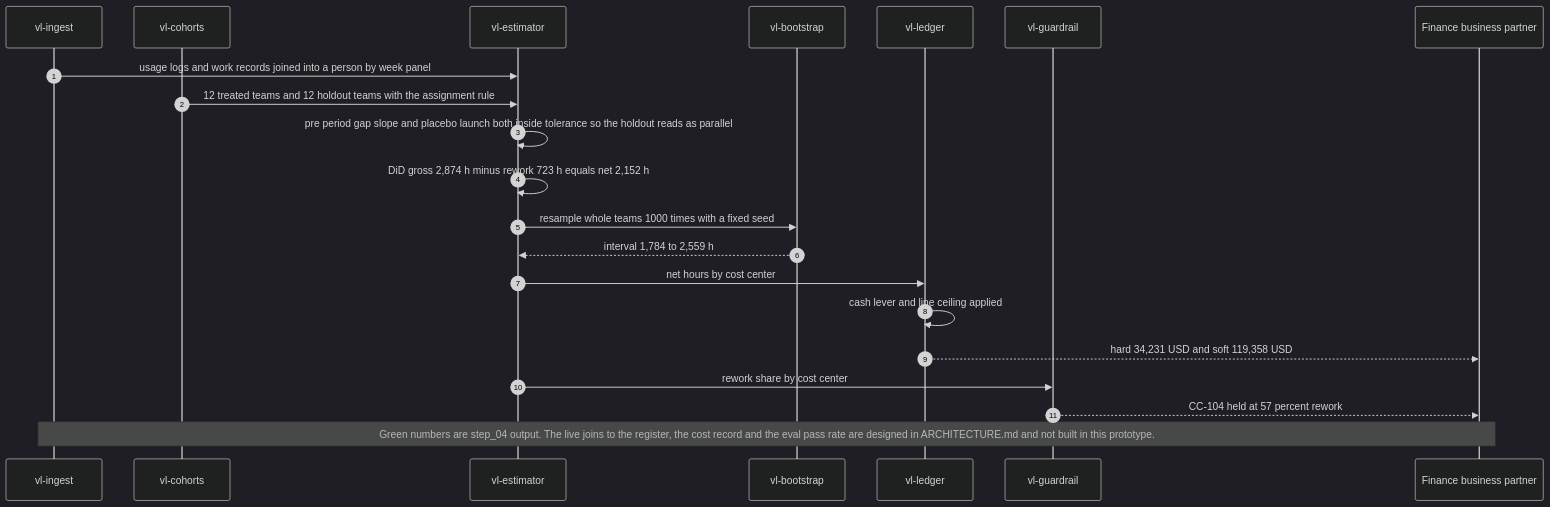
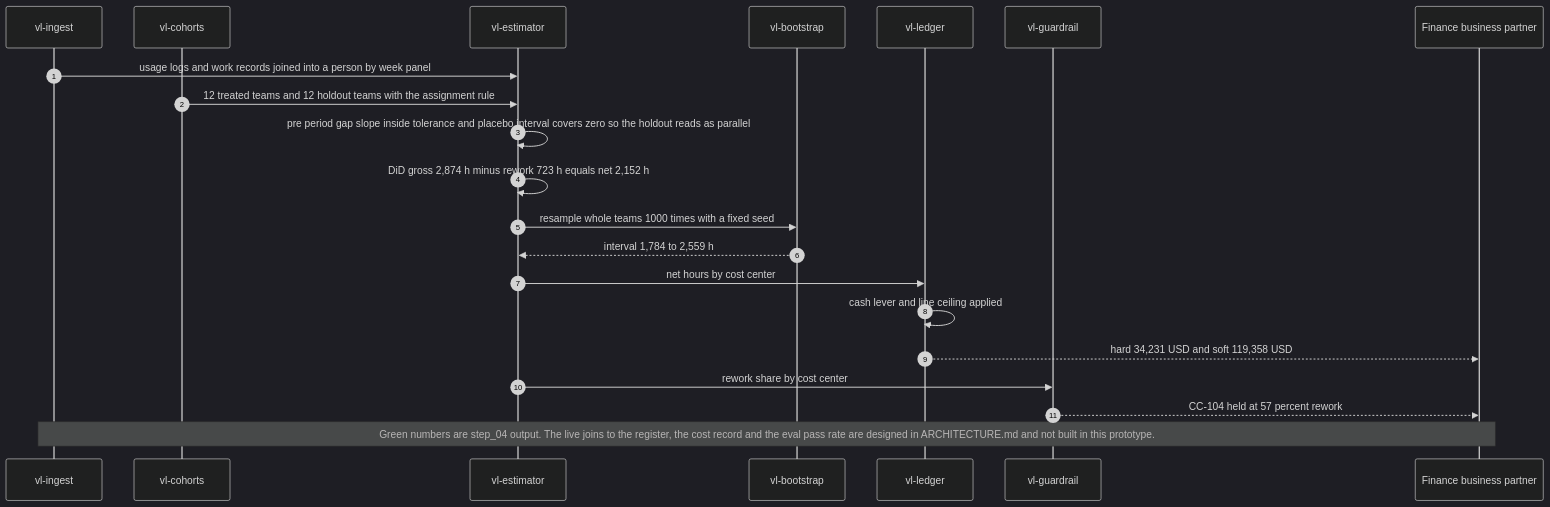
The second of 2 diagrams in 12-valueledger-ai-benefit-tracking/README.md (Vj-shipped-anyway/ai-pm-portfolio), drawn with Mermaid (dark theme) before and after one commit. The commit also changed other lines of this file and 5 other files, not shown here.

````diff
--- a/12-valueledger-ai-benefit-tracking/README.md
+++ b/12-valueledger-ai-benefit-tracking/README.md
@@ -649,24 +649,24 @@
 ```mermaid
 sequenceDiagram
     autonumber
     participant I as vl-ingest
     participant C as vl-cohorts
     participant E as vl-estimator
     participant B as vl-bootstrap
     participant L as vl-ledger
     participant G as vl-guardrail
     participant F as Finance business partner
 
     I->>E: usage logs and work records joined into a person by week panel
     C->>E: 12 treated teams and 12 holdout teams with the assignment rule
-    E->>E: pre period gap slope and placebo launch both inside tolerance so the holdout reads as parallel
+    E->>E: pre period gap slope inside tolerance and placebo interval covers zero so the holdout reads as parallel
     E->>E: DiD gross 2,874 h minus rework 723 h equals net 2,152 h
     E->>B: resample whole teams 1000 times with a fixed seed
     B-->>E: interval 1,784 to 2,559 h
     E->>L: net hours by cost center
     L->>L: cash lever and line ceiling applied
     L-->>F: hard 34,231 USD and soft 119,358 USD
     E->>G: rework share by cost center
     G-->>F: CC-104 held at 57 percent rework
     Note over I,F: Green numbers are step_04 output. The live joins to the register, the cost record and the eval pass rate are designed in ARCHITECTURE.md and not built in this prototype.
 ```
````
